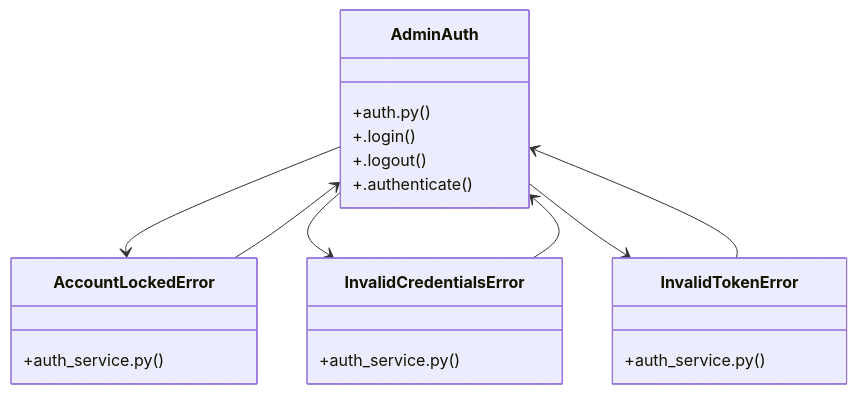
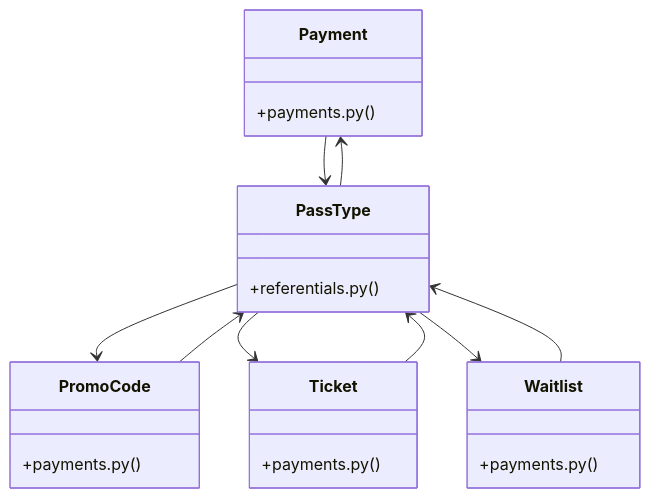
One commit to adjanayo/synca_conf_back changed the diagram in graphify-out/wiki/[PromoCode_&_Payment]_Cluster.md. Above: the diagram before and after it, drawn with Mermaid. The commit also changed other lines of this file and 89 other files, not shown here.

First line of the commit message:
feat: ajouter le login participant par code OTP email

````diff
--- a/graphify-out/wiki/[PromoCode_&_Payment]_Cluster.md
+++ b/graphify-out/wiki/[PromoCode_&_Payment]_Cluster.md
@@ -36,24 +36,26 @@
 ```mermaid
 classDiagram
-    class AdminAuth {
-        +auth.py()
-        +.login()
-        +.logout()
-        +.authenticate()
+    class Payment {
+        +payments.py()
     }
-    class AccountLockedError {
-        +auth_service.py()
+    class PromoCode {
+        +payments.py()
     }
-    class InvalidCredentialsError {
-        +auth_service.py()
+    class Ticket {
+        +payments.py()
     }
-    class InvalidTokenError {
-        +auth_service.py()
+    class Waitlist {
+        +payments.py()
     }
-    AdminAuth --> AccountLockedError
-    AdminAuth --> InvalidCredentialsError
-    AdminAuth --> InvalidTokenError
-    AccountLockedError --> AdminAuth
-    InvalidCredentialsError --> AdminAuth
-    InvalidTokenError --> AdminAuth
+    class PassType {
+        +referentials.py()
+    }
+    Payment --> PassType
+    PromoCode --> PassType
+    Ticket --> PassType
+    Waitlist --> PassType
+    PassType --> PromoCode
+    PassType --> Payment
+    PassType --> Ticket
+    PassType --> Waitlist
 ```
````
